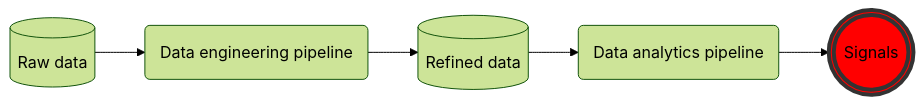
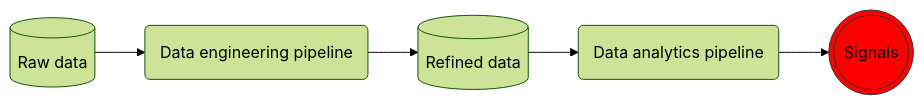
The fourth of 4 diagrams in _posts/2024-01-31-AutomatingSecurityMonitoring1.md (lnfernux/lnfernux.github.io), drawn with Mermaid (forest theme) before and after one commit. The commit also changed other lines of this file, not shown here.

````diff
--- a/_posts/2024-01-31-AutomatingSecurityMonitoring1.md
+++ b/_posts/2024-01-31-AutomatingSecurityMonitoring1.md
@@ -139,8 +139,8 @@
 ```mermaid
 graph LR
 D[(Raw data)] --> DEP(Data engineering pipeline)
 DEP --> R[(Refined data)]
 R --> DAP(Data analytics pipeline)
 DAP --> S(((Signals)))
-style S fill:#f00,stroke:#333,stroke-width:4px
+style S fill:#f00,stroke:#333;
 ```
````
